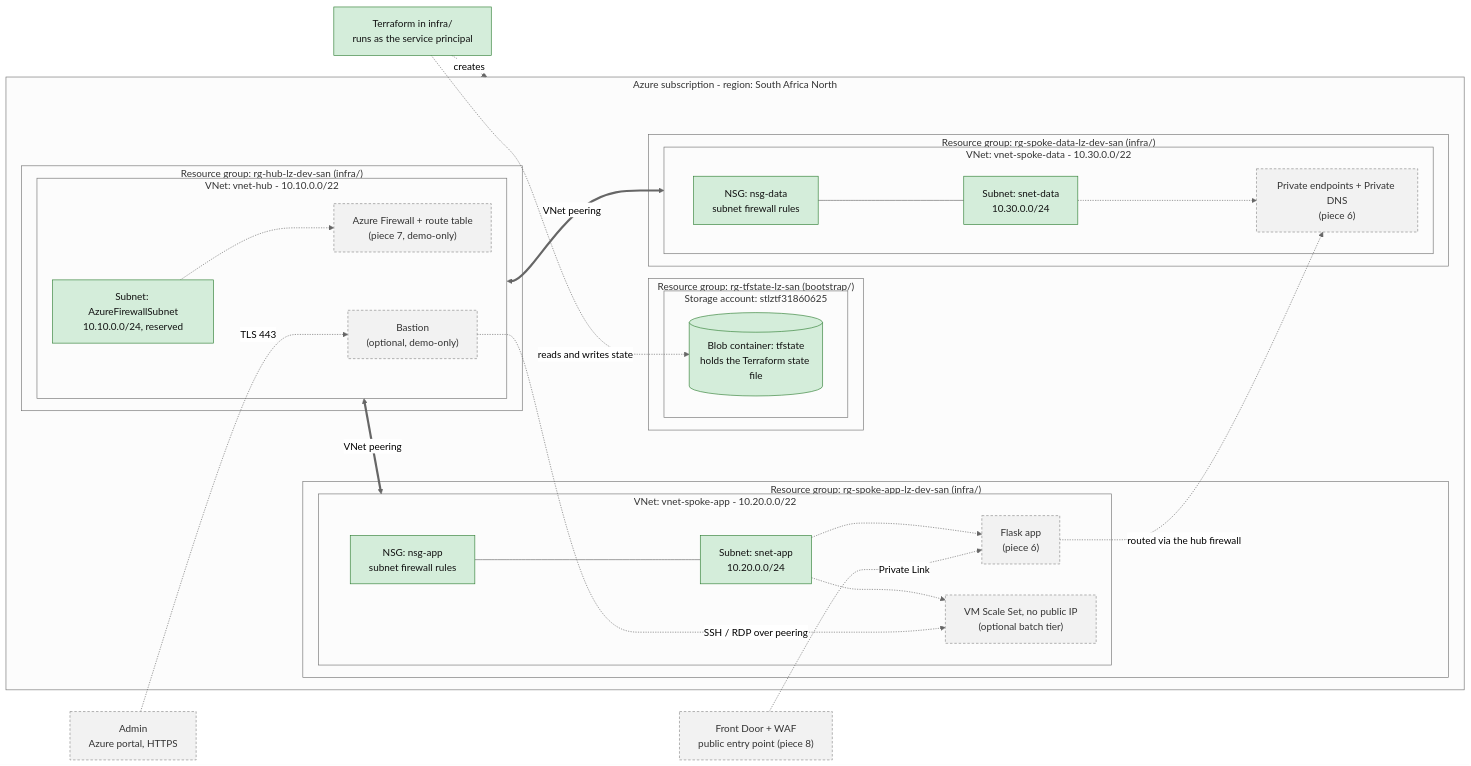
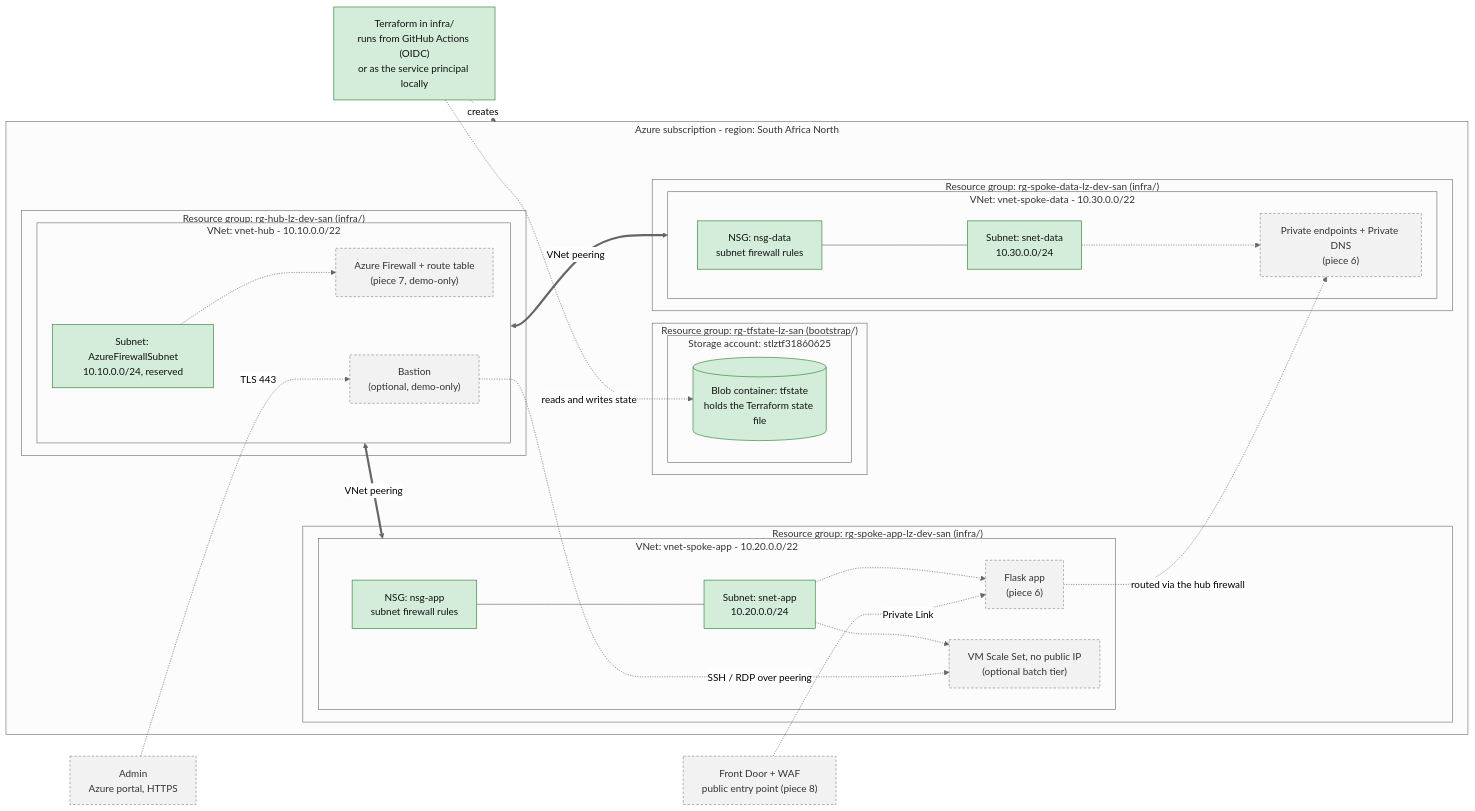
The first of 5 diagrams in README.md (sharifndlovu123/regulated-landing-zone), drawn with Mermaid (neutral theme) before and after one commit. The commit also changed other lines of this file and 1 other file, not shown here.

Commit message:
Mark piece 4 deployed, log Dependabot limitation

````diff
--- a/README.md
+++ b/README.md
@@ -18,58 +18,58 @@
 ```mermaid
 flowchart LR
   ADM["Admin<br/>Azure portal, HTTPS"]:::planned
   FD["Front Door + WAF<br/>public entry point (piece 8)"]:::planned
-  TF["Terraform in infra/<br/>runs as the service principal"]:::deployed
+  TF["Terraform in infra/<br/>runs from GitHub Actions (OIDC)<br/>or as the service principal locally"]:::deployed
 
   subgraph SUB["Azure subscription - region: South Africa North"]
     subgraph RGS["Resource group: rg-tfstate-lz-san (bootstrap/)"]
       subgraph SA["Storage account: stlztf31860625"]
         CT[("Blob container: tfstate<br/>holds the Terraform state file")]:::deployed
       end
     end
 
     subgraph RGH["Resource group: rg-hub-lz-dev-san (infra/)"]
       subgraph HUBV["VNet: vnet-hub - 10.10.0.0/22"]
         FWS["Subnet: AzureFirewallSubnet<br/>10.10.0.0/24, reserved"]:::deployed
         FW["Azure Firewall + route table<br/>(piece 7, demo-only)"]:::planned
         BAS["Bastion<br/>(optional, demo-only)"]:::planned
       end
     end
 
     subgraph RGA["Resource group: rg-spoke-app-lz-dev-san (infra/)"]
       subgraph APPV["VNet: vnet-spoke-app - 10.20.0.0/22"]
         APPN["NSG: nsg-app<br/>subnet firewall rules"]:::deployed
         APPS["Subnet: snet-app<br/>10.20.0.0/24"]:::deployed
         APP["Flask app<br/>(piece 6)"]:::planned
         VM["VM Scale Set, no public IP<br/>(optional batch tier)"]:::planned
       end
     end
 
     subgraph RGD["Resource group: rg-spoke-data-lz-dev-san (infra/)"]
       subgraph DATAV["VNet: vnet-spoke-data - 10.30.0.0/22"]
         DATAN["NSG: nsg-data<br/>subnet firewall rules"]:::deployed
         DATAS["Subnet: snet-data<br/>10.30.0.0/24"]:::deployed
         PE["Private endpoints + Private DNS<br/>(piece 6)"]:::planned
       end
     end
   end
 
   HUBV <==>|"VNet peering"| APPV
   HUBV <==>|"VNet peering"| DATAV
   FWS -.-> FW
   APPN --- APPS
   DATAN --- DATAS
   APPS -.-> APP
   APPS -.-> VM
   DATAS -.-> PE
   ADM -.->|"TLS 443"| BAS
   BAS -.->|"SSH / RDP over peering"| VM
   FD -.->|"Private Link"| APP
   APP -.->|"routed via the hub firewall"| PE
   TF -.->|"reads and writes state"| CT
   TF -.->|"creates"| SUB
 
   classDef deployed fill:#d4edda,stroke:#2e7d32,color:#111
   classDef written fill:#fff3cd,stroke:#b8860b,color:#111
   classDef planned fill:#f2f2f2,stroke:#888,stroke-dasharray:4 3,color:#333
 ```
````
